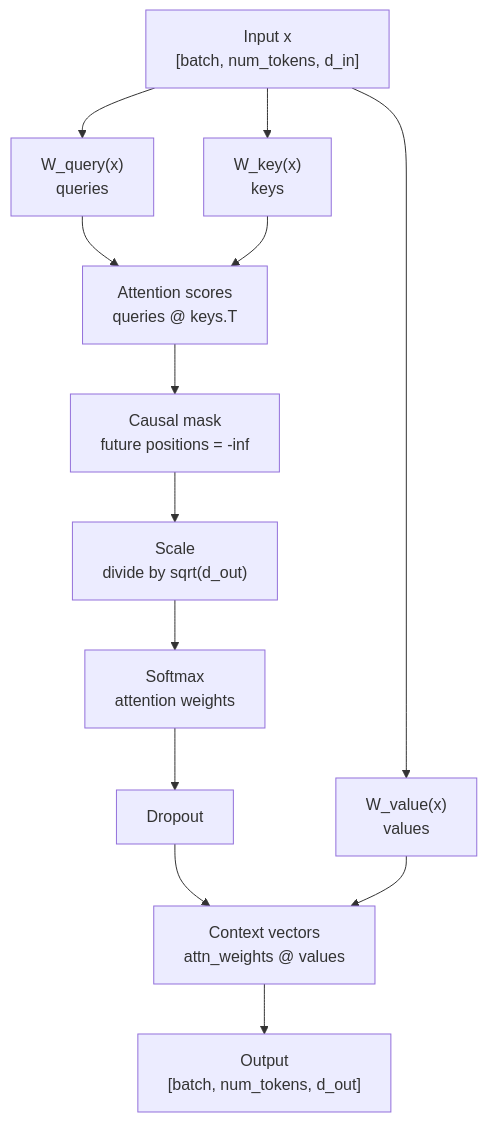
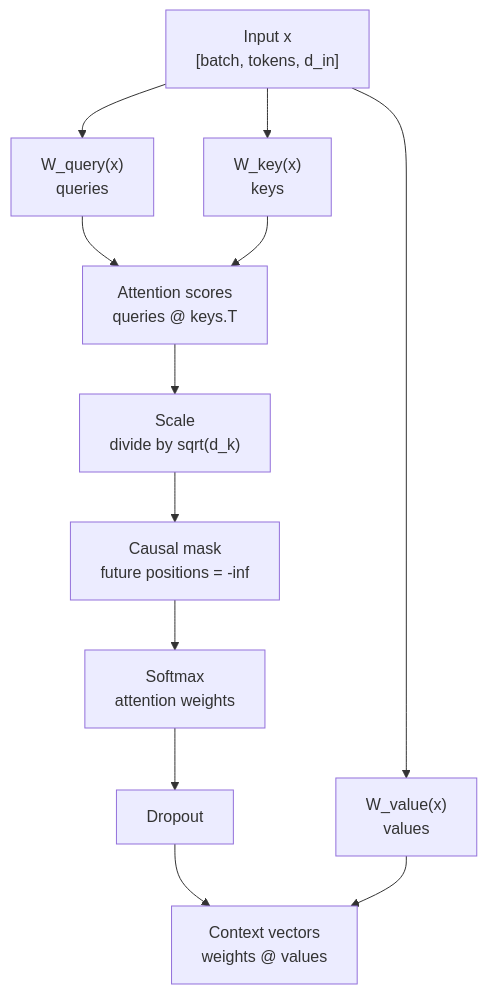
One commit to boslbosl/ai-specialist-26-language changed the second of 5 diagrams in docs/diagrams/Chapter_3_Excercise_Attention.md. Above: the diagram before and after it, drawn with Mermaid. The commit also changed other lines of this file and 10 other files, not shown here.

Commit message:
Add diagrams for chapters through chapter 7

````diff
--- a/docs/diagrams/Chapter_3_Excercise_Attention.md
+++ b/docs/diagrams/Chapter_3_Excercise_Attention.md
@@ -28,18 +26,14 @@
 ```mermaid
 flowchart TD
-    X["Input x<br/>[batch, num_tokens, d_in]"] --> Q["W_query(x)<br/>queries"]
+    X["Input x<br/>[batch, tokens, d_in]"] --> Q["W_query(x)<br/>queries"]
     X --> K["W_key(x)<br/>keys"]
     X --> V["W_value(x)<br/>values"]
-
     Q --> S["Attention scores<br/>queries @ keys.T"]
     K --> S
-
-    S --> Mask["Causal mask<br/>future positions = -inf"]
-    Mask --> Scale["Scale<br/>divide by sqrt(d_out)"]
-    Scale --> Softmax["Softmax<br/>attention weights"]
+    S --> Scale["Scale<br/>divide by sqrt(d_k)"]
+    Scale --> Mask["Causal mask<br/>future positions = -inf"]
+    Mask --> Softmax["Softmax<br/>attention weights"]
     Softmax --> Dropout["Dropout"]
-    Dropout --> Context["Context vectors<br/>attn_weights @ values"]
+    Dropout --> Context["Context vectors<br/>weights @ values"]
     V --> Context
-
-    Context --> Out["Output<br/>[batch, num_tokens, d_out]"]
 ```
````
